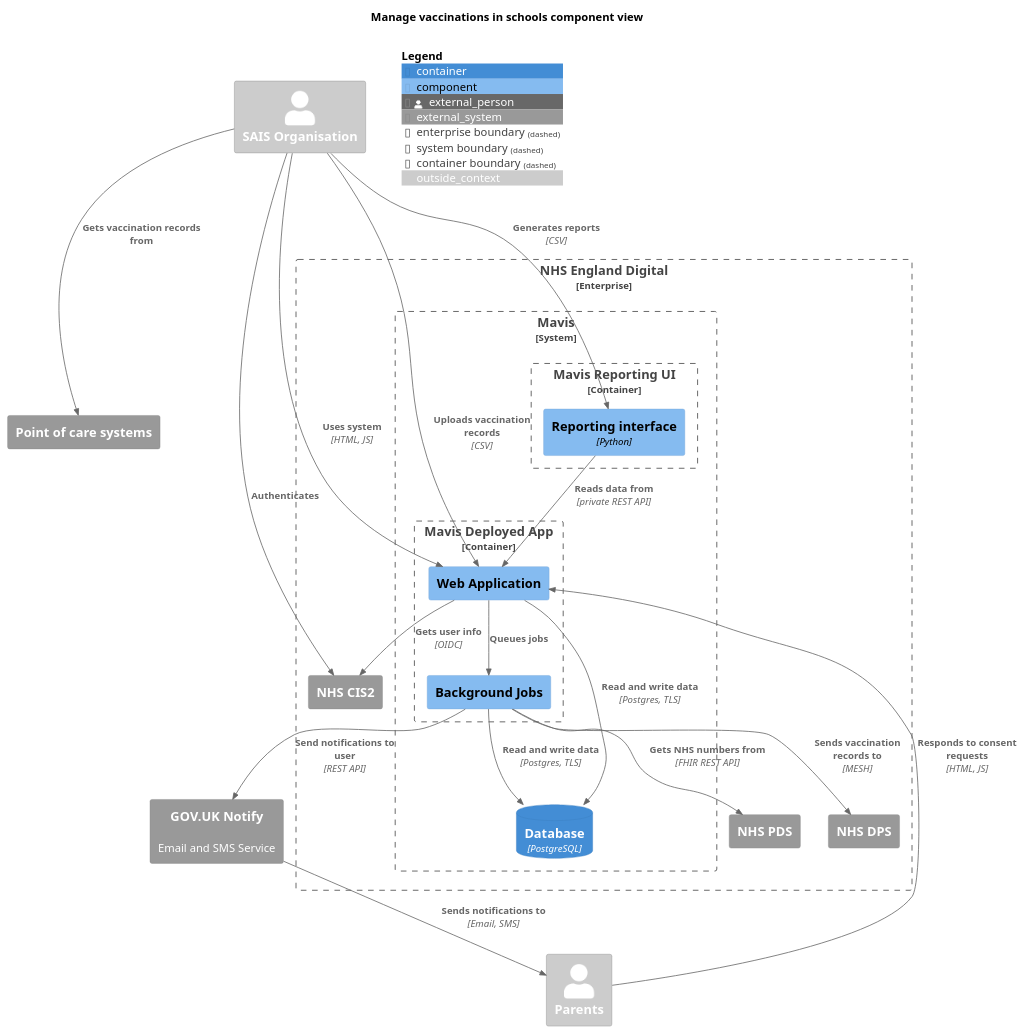
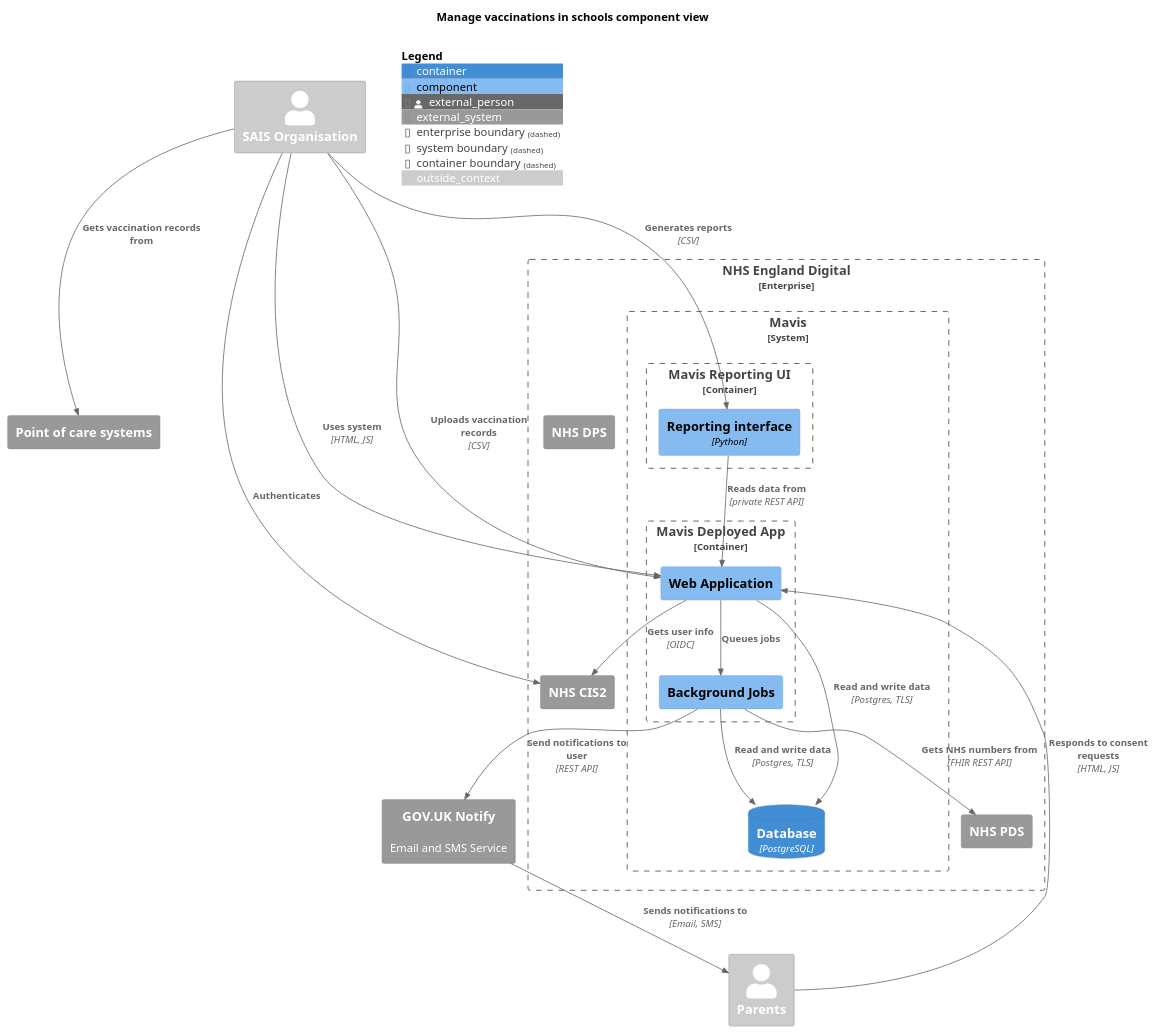
Before and after one commit to nhsuk/manage-vaccinations-in-schools: the diagram in docs/diagrams/component-view.puml, drawn with PlantUML. The commit also changed 1 other file, not shown here.

Commit message:
remove link to MESH from architecture diagrams after discussion in https://github.com/nhsuk/manage-vaccinations-in-schools/pull/3803#discussion_r2167165914

```diff
--- a/docs/diagrams/component-view.puml
+++ b/docs/diagrams/component-view.puml
@@ -1,56 +1,55 @@
 @startuml
 
 !include <C4/C4_Component.puml>
 
 LAYOUT_TOP_DOWN()
 
 title "Manage vaccinations in schools component view"
 
 AddElementTag("outside_context", $bgColor="#CCC", $fontColor="#FFF")
 
 Person_Ext(sais, "SAIS Organisation", $tags="outside_context")
 Person_Ext(parents, "Parents", $tags="outside_context")
 
 System_Ext(poc, "Point of care systems")
 
 Enterprise_Boundary(nhs, "NHS England Digital") {
   System_Boundary(mavis, "Mavis", "") {
     Container_Boundary(mavis_app, "Mavis Deployed App", "Ruby on Rails") {
       Component(webapp, "Web Application")
       Component(bgjobs, "Background Jobs")
     }
     Container_Boundary(mavis_reporting_app, "Mavis Reporting UI", Python) {
       Component(mavis_reporting, "Reporting interface", "Python")
     }
     ContainerDb(database, "Database", "PostgreSQL")
   }
 
   System_Ext(cis, "NHS CIS2")
   System_Ext(pds, "NHS PDS")
   System_Ext(dps, "NHS DPS")
 }
 System_Ext(notify, "GOV.UK Notify", "Email and SMS Service")
 
 
 AddRelTag("optional", $textColor="black", $lineColor="black", $lineStyle="dashed")
 
 Rel(sais, cis, "Authenticates")
 Rel(webapp, cis, "Gets user info", "OIDC")
 Rel(sais, webapp, "Uses system", "HTML, JS")
 Rel(sais, poc, "Gets vaccination records from")
 Rel(sais, webapp, "Uploads vaccination records", "CSV")
 Rel(sais, mavis_reporting, "Generates reports", "CSV")
 Rel(parents, webapp, "Responds to consent requests", "HTML, JS")
 Rel(webapp, database, "Read and write data", "Postgres, TLS")
 Rel(mavis_reporting, webapp, "Reads data from", "private REST API")
 Rel(webapp, bgjobs, "Queues jobs")
 Rel(bgjobs, database, "Read and write data", "Postgres, TLS")
 Rel(bgjobs, notify, "Send notifications to user", "REST API")
 Rel(notify, parents, "Sends notifications to", "Email, SMS")
 Rel(bgjobs, pds, "Gets NHS numbers from", "FHIR REST API")
-Rel(bgjobs, dps, "Sends vaccination records to", "MESH")
 
 
 SHOW_FLOATING_LEGEND()
 
 @enduml
```
